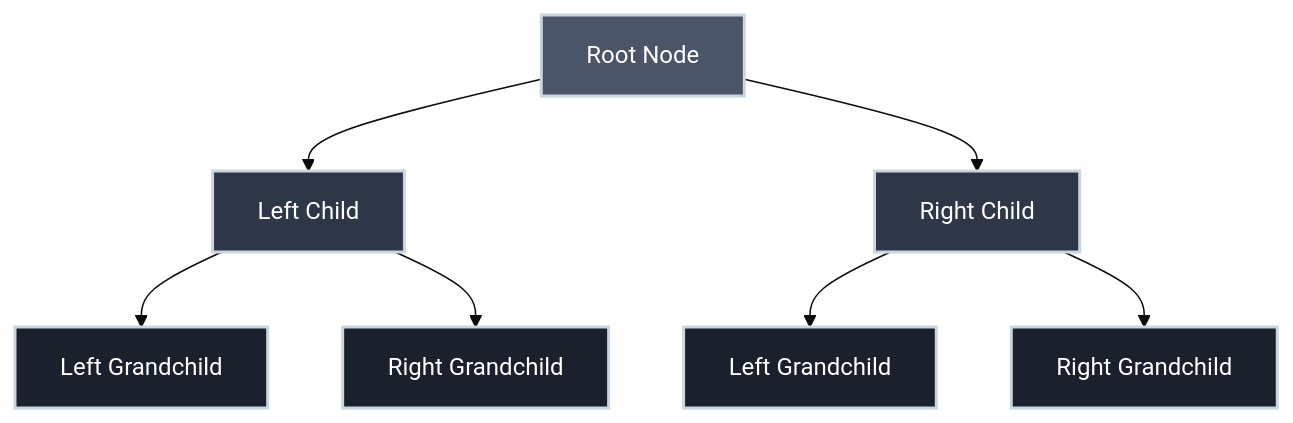
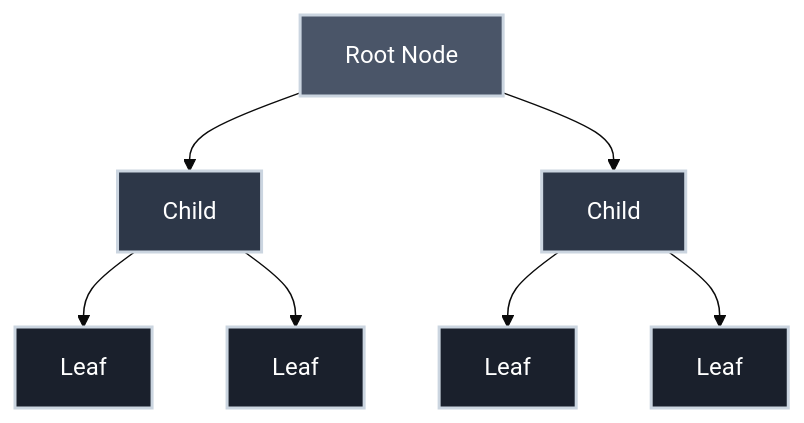
Before and after one commit to bradpenney/exploring_computer_science: the first of 3 diagrams in docs/essentials/trees_basics.md, drawn with Mermaid (base theme). The commit also changed other lines of this file and 27 other files, not shown here.

````diff
--- a/docs/essentials/trees_basics.md
+++ b/docs/essentials/trees_basics.md
@@ -178,17 +42,17 @@
 ```mermaid
 graph TD
-    A[Root Node] --> B[Left Child]
-    A --> C[Right Child]
-    B --> D[Left Grandchild]
-    B --> E[Right Grandchild]
-    C --> F[Left Grandchild]
-    C --> G[Right Grandchild]
+    A[Root Node] --> B[Child]
+    A --> C[Child]
+    B --> D[Leaf]
+    B --> E[Leaf]
+    C --> F[Leaf]
+    C --> G[Leaf]
 
     style A fill:#4a5568,stroke:#cbd5e0,stroke-width:2px,color:#fff
     style B fill:#2d3748,stroke:#cbd5e0,stroke-width:2px,color:#fff
     style C fill:#2d3748,stroke:#cbd5e0,stroke-width:2px,color:#fff
     style D fill:#1a202c,stroke:#cbd5e0,stroke-width:2px,color:#fff
     style E fill:#1a202c,stroke:#cbd5e0,stroke-width:2px,color:#fff
     style F fill:#1a202c,stroke:#cbd5e0,stroke-width:2px,color:#fff
     style G fill:#1a202c,stroke:#cbd5e0,stroke-width:2px,color:#fff
 ```
````
